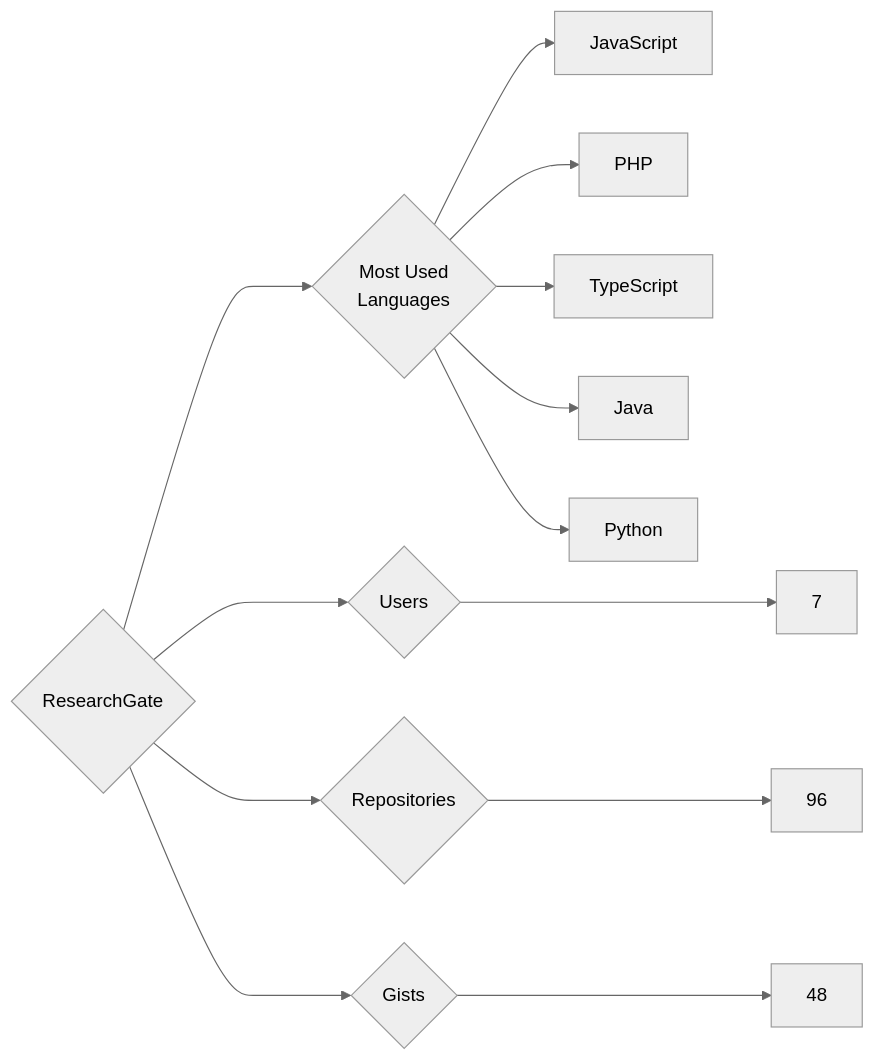
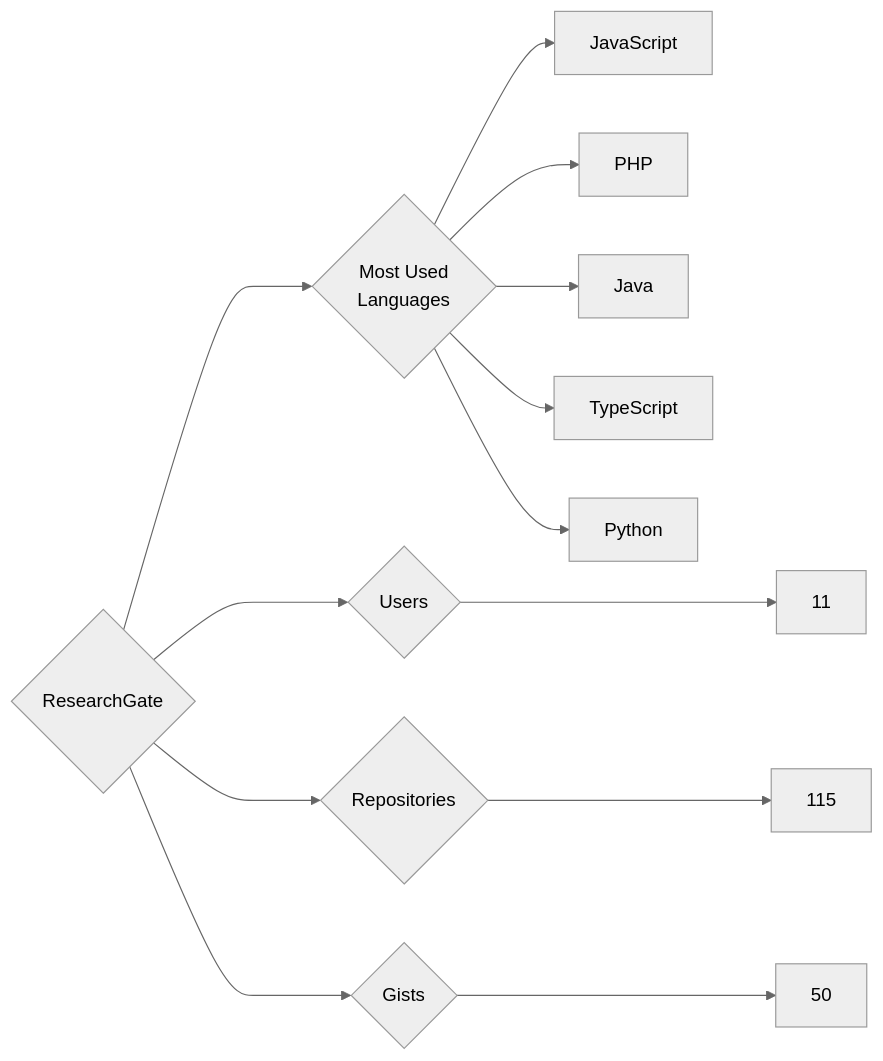
One commit to trickest/insiders changed the diagram in targets/ResearchGate/README.md. Above: the diagram before and after it, drawn with Mermaid (neutral theme). The commit also changed 969 other files, not shown here.

````diff
--- a/targets/ResearchGate/README.md
+++ b/targets/ResearchGate/README.md
@@ -3,13 +3,13 @@
 ```mermaid
 graph LR
 COMPANY_NAME{ResearchGate}
-COMPANY_NAME ---> U{Users} ---> UN[7]
-COMPANY_NAME ---> R{Repositories} ---> RN[96]
-COMPANY_NAME ---> G{Gists} ---> GN[48]
+COMPANY_NAME ---> U{Users} ---> UN[11]
+COMPANY_NAME ---> R{Repositories} ---> RN[115]
+COMPANY_NAME ---> G{Gists} ---> GN[50]
 COMPANY_NAME ---> ML{Most Used<br>Languages}
 ML --> JavaScript[JavaScript]
 ML --> PHP[PHP]
+ML --> Java[Java]
 ML --> TypeScript[TypeScript]
-ML --> Java[Java]
 ML --> Python[Python]
 ```
````
